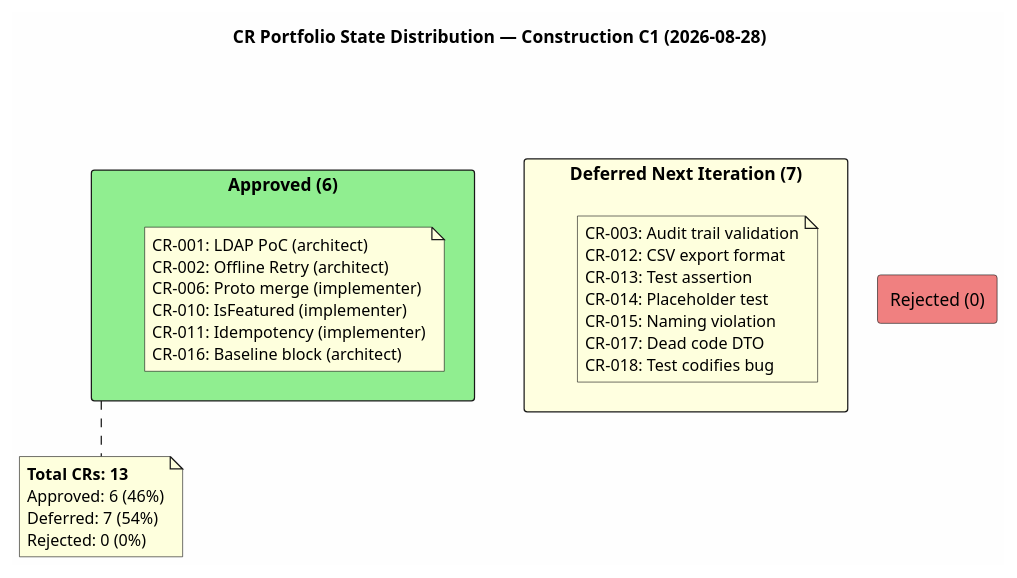
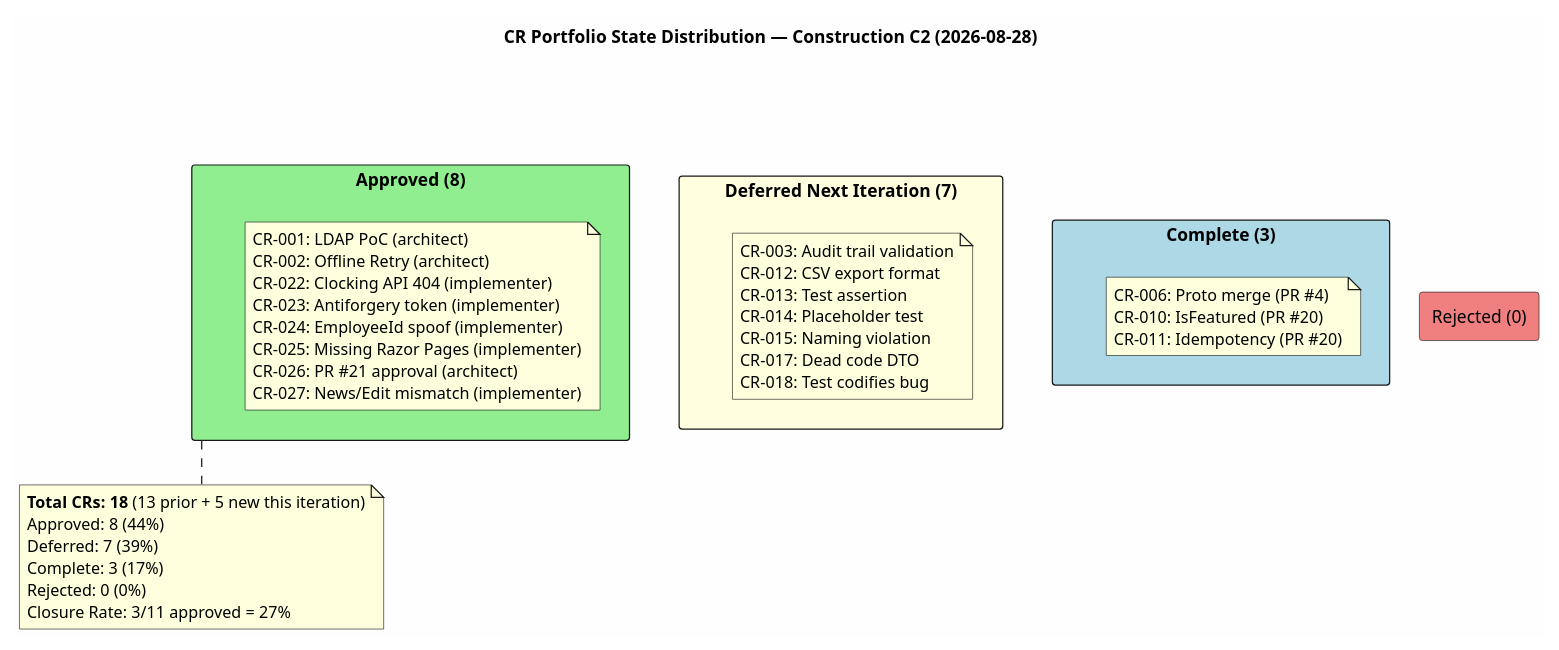
Before and after one commit to banense-test/portal-cuba-corp: the first of 4 diagrams in docs/artifacts/configuration---change-management/change-request.md, drawn with PlantUML. The commit also changed other lines of this file, not shown here.

````diff
--- a/docs/artifacts/configuration---change-management/change-request.md
+++ b/docs/artifacts/configuration---change-management/change-request.md
@@ -29,29 +28,36 @@
 ```plantuml
-@startuml CR_Portfolio_State_Distribution
-title CR Portfolio State Distribution — Construction C1 (2026-08-28)
+@startuml CR_Portfolio_State_Distribution_C2
+title CR Portfolio State Distribution — Construction C2 (2026-08-28)
 
 skinparam backgroundColor #FEFEFE
 skinparam shadowing false
 
-rectangle "Approved (6)" as approved #LightGreen {
-  note "CR-001: LDAP PoC (architect)\nCR-002: Offline Retry (architect)\nCR-006: Proto merge (implementer)\nCR-010: IsFeatured (implementer)\nCR-011: Idempotency (implementer)\nCR-016: Baseline block (architect)" as approved_note
+rectangle "Approved (8)" as approved #LightGreen {
+  note "CR-001: LDAP PoC (architect)\nCR-002: Offline Retry (architect)\nCR-022: Clocking API 404 (implementer)\nCR-023: Antiforgery token (implementer)\nCR-024: EmployeeId spoof (implementer)\nCR-025: Missing Razor Pages (implementer)\nCR-026: PR #21 approval (architect)\nCR-027: News/Edit mismatch (implementer)" as approved_note
 }
 
 rectangle "Deferred Next Iteration (7)" as deferred #LightYellow {
   note "CR-003: Audit trail validation\nCR-012: CSV export format\nCR-013: Test assertion\nCR-014: Placeholder test\nCR-015: Naming violation\nCR-017: Dead code DTO\nCR-018: Test codifies bug" as deferred_note
 }
 
+rectangle "Complete (3)" as complete #LightBlue {
+  note "CR-006: Proto merge (PR #4)\nCR-010: IsFeatured (PR #20)\nCR-011: Idempotency (PR #20)" as complete_note
+}
+
 rectangle "Rejected (0)" as rejected #LightCoral
 
 approved -[hidden]right-> deferred
-deferred -[hidden]right-> rejected
+deferred -[hidden]right-> complete
+complete -[hidden]right-> rejected
 
 note bottom of approved
-  **Total CRs: 13**
-  Approved: 6 (46%)
-  Deferred: 7 (54%)
+  **Total CRs: 18** (13 prior + 5 new this iteration)
+  Approved: 8 (44%)
+  Deferred: 7 (39%)
+  Complete: 3 (17%)
   Rejected: 0 (0%)
+  Closure Rate: 3/11 approved = 27%
 end note
 
 @enduml
 ```
````
